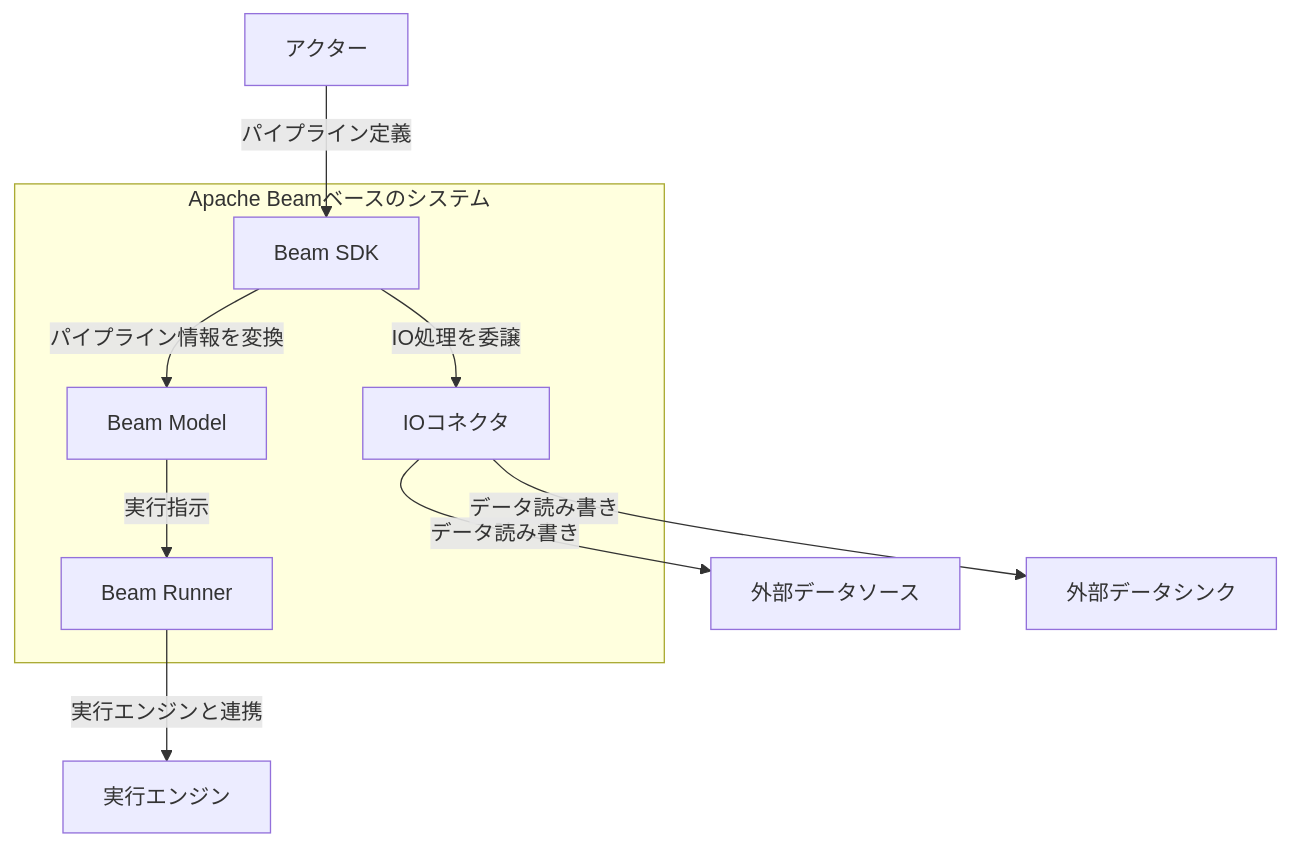
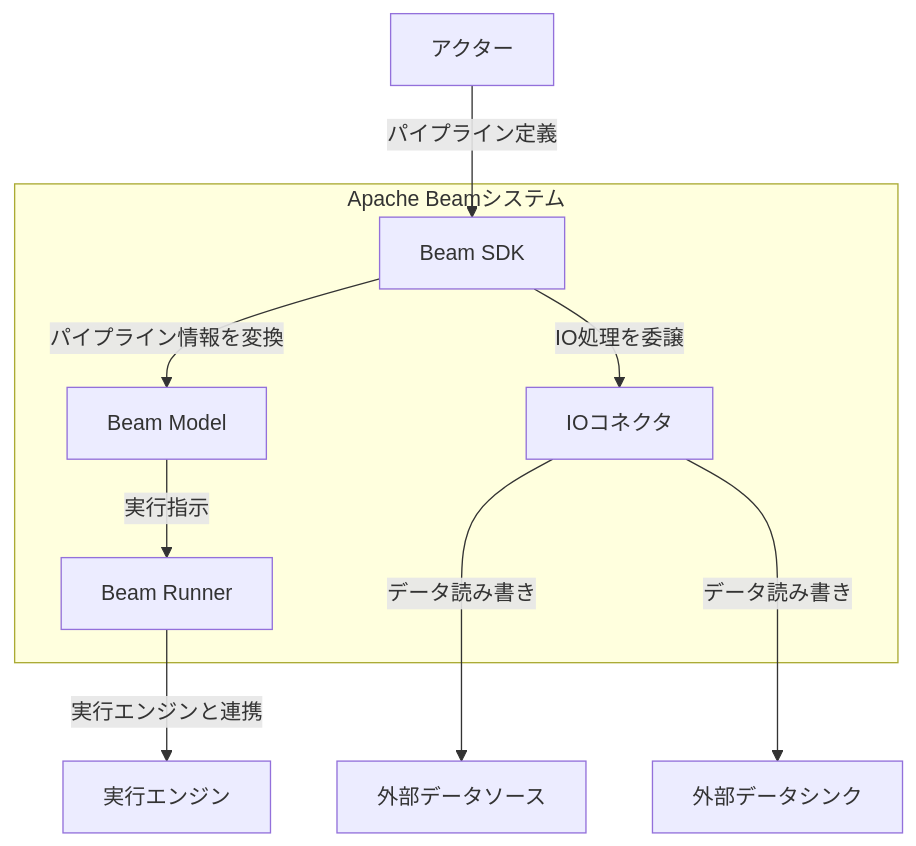
One commit to suwa-sh/zenn-contents changed the second of 5 diagrams in articles/apache_beam_20250522.md. Above: the diagram before and after it, drawn with Mermaid. The commit also changed other lines of this file and 1 other file, not shown here.

````diff
--- a/articles/apache_beam_20250522.md
+++ b/articles/apache_beam_20250522.md
@@ -54,18 +54,18 @@
 ```mermaid
 graph TD
-    subgraph SA [Apache Beamベースのシステム]
+    subgraph SA [Apache Beamシステム]
         SDK[Beam SDK]
         MDL[Beam Model]
         RUN[Beam Runner]
         IO[IOコネクタ]
     end
 
     A[アクター] -- パイプライン定義 --> SDK
     SDK -- パイプライン情報を変換 --> MDL
     SDK -- IO処理を委譲 --> IO
     MDL -- 実行指示 --> RUN
     RUN -- 実行エンジンと連携 --> E[実行エンジン]
-    IO -- データ読み書き --> C[外部データソース]
-    IO -- データ読み書き --> D[外部データシンク]
+    IO -- データ読み書き ---> C[外部データソース]
+    IO -- データ読み書き ---> D[外部データシンク]
 
 ```
````
